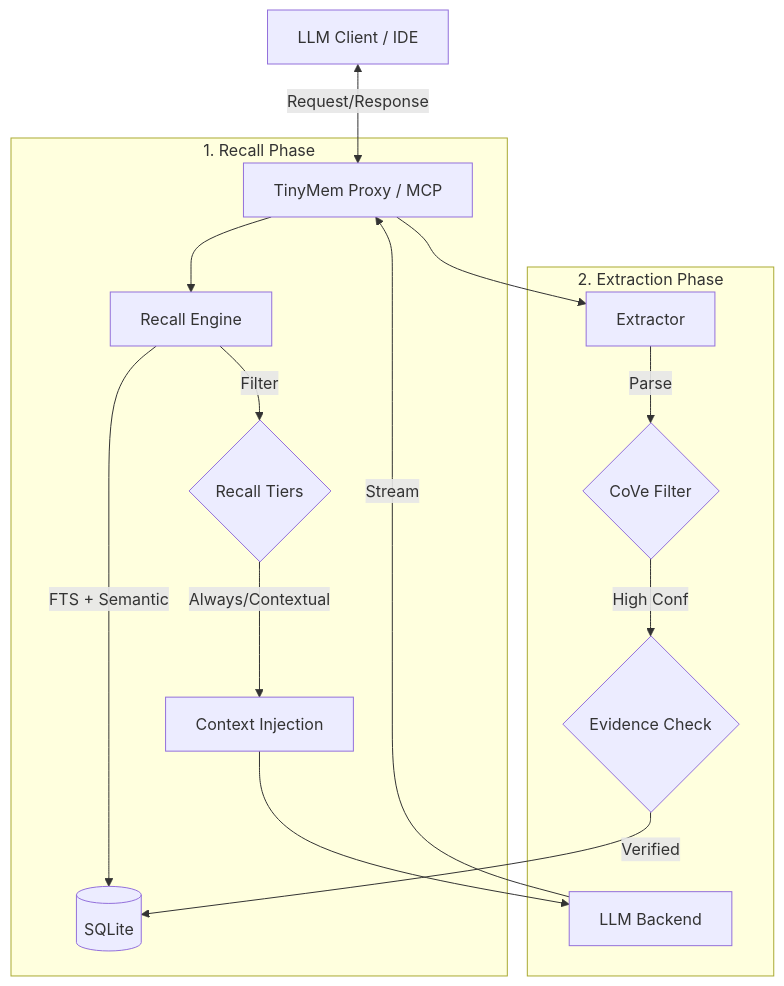
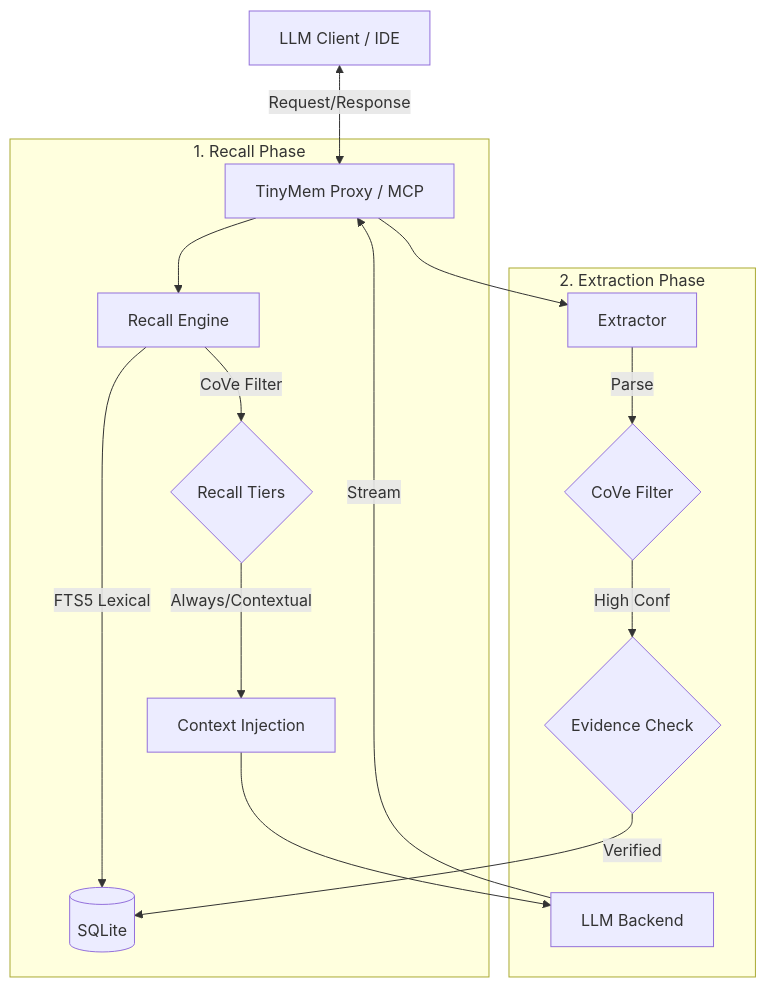
One commit to daverage/tinyMem changed the diagram in README.md. Above: the diagram before and after it, drawn with Mermaid. The commit also changed other lines of this file and 69 other files, not shown here.

````diff
--- a/README.md
+++ b/README.md
@@ -304,21 +430,21 @@
 ```mermaid
 flowchart TD
     User[LLM Client / IDE] <-->|Request/Response| Proxy[TinyMem Proxy / MCP]
-    
+
     subgraph "1. Recall Phase"
         Proxy --> Recall[Recall Engine]
-        Recall -->|FTS + Semantic| DB[(SQLite)]
-        Recall -->|Filter| Tiers{Recall Tiers}
+        Recall -->|FTS5 Lexical| DB[(SQLite)]
+        Recall -->|CoVe Filter| Tiers{Recall Tiers}
         Tiers -->|Always/Contextual| Context[Context Injection]
     end
-    
+
     subgraph "2. Extraction Phase"
         LLM[LLM Backend] -->|Stream| Proxy
         Proxy --> Extractor[Extractor]
         Extractor -->|Parse| CoVe{CoVe Filter}
         CoVe -->|High Conf| Evidence{Evidence Check}
         Evidence -->|Verified| DB
     end
 
     Context --> LLM
 ```
````
